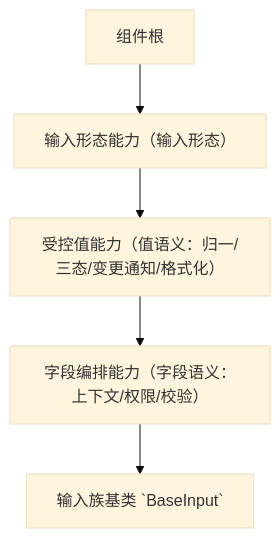
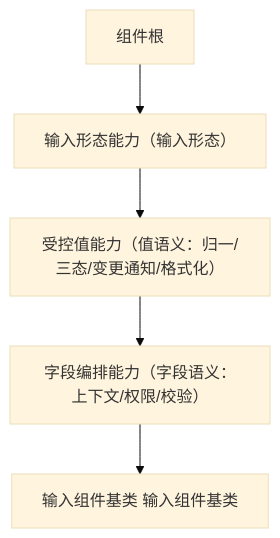
The diagram in bms文档/设计/组件设计/02_基础组件类/02_能力类/02_组件设计_输入形态能力/02_组件设计_输入形态能力.md (minjian123/basic-management-system), drawn with Mermaid (base theme) before and after one commit. The commit also changed other lines of this file and 108 other files, not shown here.

````diff
--- a/bms文档/设计/组件设计/02_基础组件类/02_能力类/02_组件设计_输入形态能力/02_组件设计_输入形态能力.md
+++ b/bms文档/设计/组件设计/02_基础组件类/02_能力类/02_组件设计_输入形态能力/02_组件设计_输入形态能力.md
@@ -16,7 +16,7 @@
 ```mermaid
 flowchart TD
     COMP["组件根"] --> IC["输入形态能力（输入形态）"]
     IC --> V["受控值能力（值语义：归一/三态/变更通知/格式化）"]
     V --> F["字段编排能力（字段语义：上下文/权限/校验）"]
-    F --> I["输入族基类 `BaseInput`"]
+    F --> I["输入组件基类 输入组件基类"]
 ```
````
